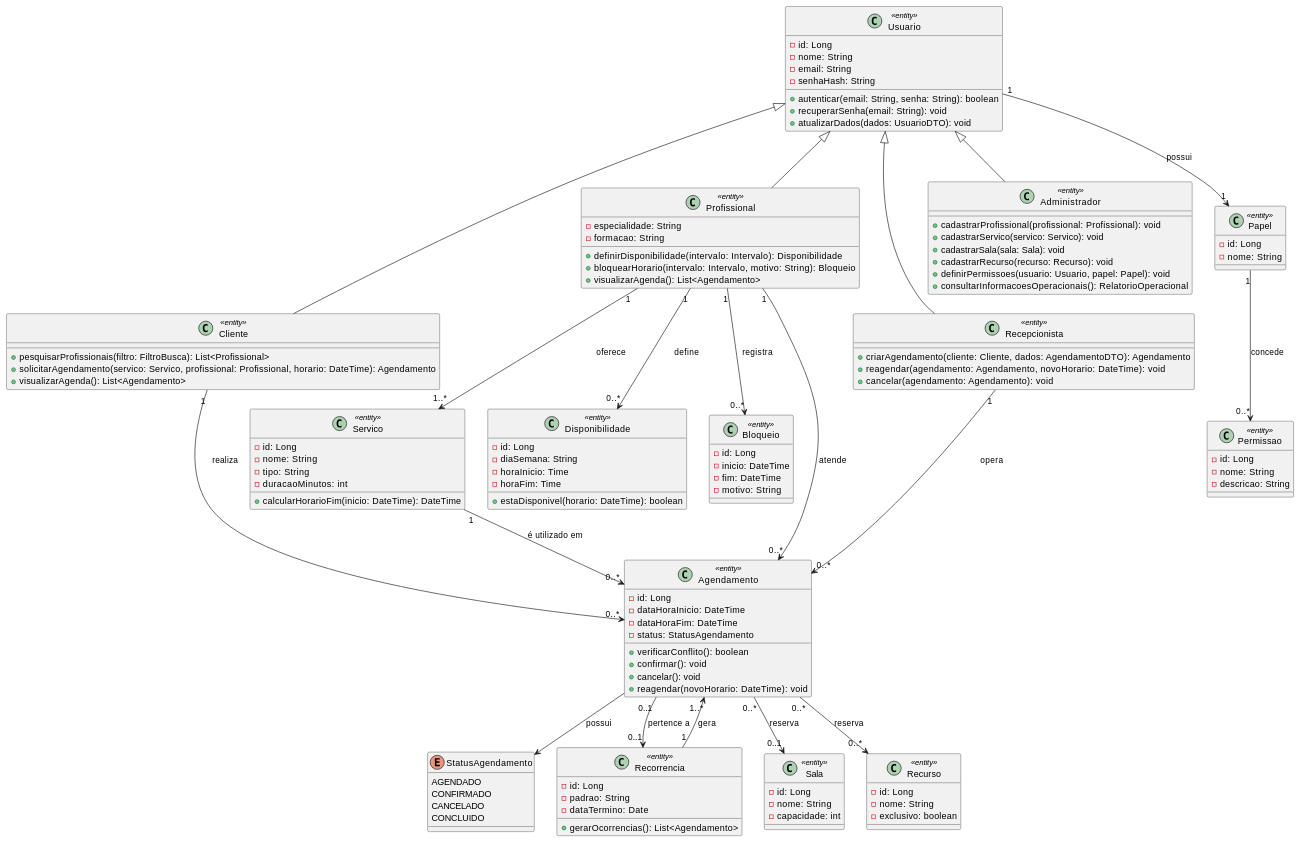
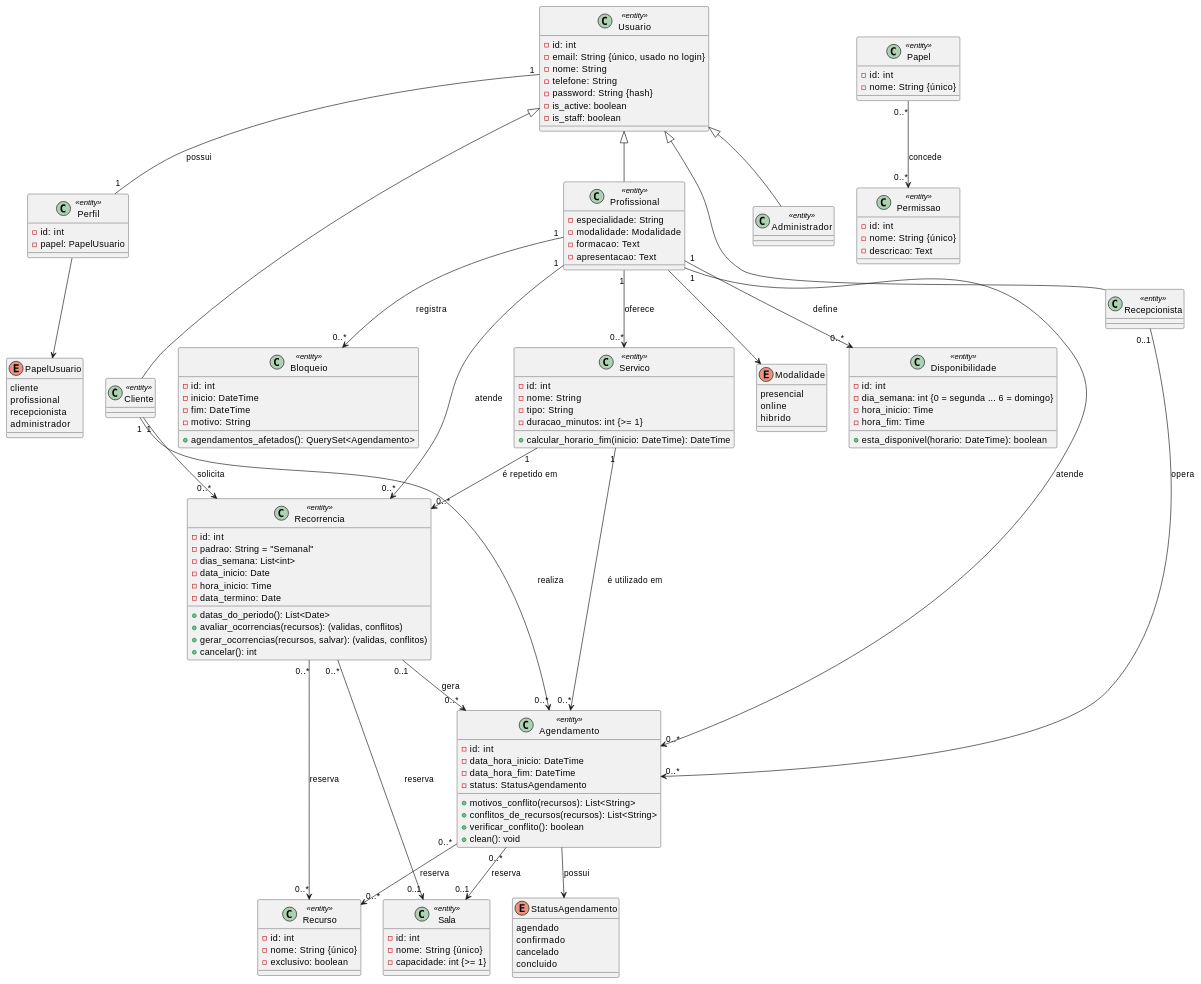
One commit to Projetos-de-Extensao/PBE_26.2_8002_I changed the diagram in docs/Elaboracao/diagrama_de_classes.md. Above: the diagram before and after it, drawn with PlantUML. The commit also changed other lines of this file and 14 other files, not shown here.

```diff
--- a/docs/Elaboracao/diagrama_de_classes.md
+++ b/docs/Elaboracao/diagrama_de_classes.md
@@ -173,137 +174,152 @@
 @startuml AgendamentoMultidisciplinar_ClassesEspecificacao
 
 class Usuario <<entity>> {
-  - id: Long
+  - id: int
+  - email: String {único, usado no login}
   - nome: String
-  - email: String
-  - senhaHash: String
-  + autenticar(email: String, senha: String): boolean
-  + recuperarSenha(email: String): void
-  + atualizarDados(dados: UsuarioDTO): void
+  - telefone: String
+  - password: String {hash}
+  - is_active: boolean
+  - is_staff: boolean
 }
 
-class Cliente <<entity>> {
-  + pesquisarProfissionais(filtro: FiltroBusca): List<Profissional>
-  + solicitarAgendamento(servico: Servico, profissional: Profissional, horario: DateTime): Agendamento
-  + visualizarAgenda(): List<Agendamento>
+class Perfil <<entity>> {
+  - id: int
+  - papel: PapelUsuario
 }
+
+enum PapelUsuario {
+  cliente
+  profissional
+  recepcionista
+  administrador
+}
+
+class Cliente <<entity>>
 
 class Profissional <<entity>> {
   - especialidade: String
-  - formacao: String
-  + definirDisponibilidade(intervalo: Intervalo): Disponibilidade
-  + bloquearHorario(intervalo: Intervalo, motivo: String): Bloqueio
-  + visualizarAgenda(): List<Agendamento>
+  - modalidade: Modalidade
+  - formacao: Text
+  - apresentacao: Text
 }
 
-class Recepcionista <<entity>> {
-  + criarAgendamento(cliente: Cliente, dados: AgendamentoDTO): Agendamento
-  + reagendar(agendamento: Agendamento, novoHorario: DateTime): void
-  + cancelar(agendamento: Agendamento): void
+enum Modalidade {
+  presencial
+  online
+  hibrido
 }
 
-class Administrador <<entity>> {
-  + cadastrarProfissional(profissional: Profissional): void
-  + cadastrarServico(servico: Servico): void
-  + cadastrarSala(sala: Sala): void
-  + cadastrarRecurso(recurso: Recurso): void
-  + definirPermissoes(usuario: Usuario, papel: Papel): void
-  + consultarInformacoesOperacionais(): RelatorioOperacional
-}
+class Recepcionista <<entity>>
+
+class Administrador <<entity>>
 
 class Papel <<entity>> {
-  - id: Long
-  - nome: String
+  - id: int
+  - nome: String {único}
 }
 
 class Permissao <<entity>> {
-  - id: Long
-  - nome: String
-  - descricao: String
+  - id: int
+  - nome: String {único}
+  - descricao: Text
 }
 
 class Servico <<entity>> {
-  - id: Long
+  - id: int
   - nome: String
   - tipo: String
-  - duracaoMinutos: int
-  + calcularHorarioFim(inicio: DateTime): DateTime
+  - duracao_minutos: int {>= 1}
+  + calcular_horario_fim(inicio: DateTime): DateTime
 }
 
 class Disponibilidade <<entity>> {
-  - id: Long
-  - diaSemana: String
-  - horaInicio: Time
-  - horaFim: Time
-  + estaDisponivel(horario: DateTime): boolean
+  - id: int
+  - dia_semana: int {0 = segunda ... 6 = domingo}
+  - hora_inicio: Time
+  - hora_fim: Time
+  + esta_disponivel(horario: DateTime): boolean
 }
 
 class Bloqueio <<entity>> {
-  - id: Long
+  - id: int
   - inicio: DateTime
   - fim: DateTime
   - motivo: String
+  + agendamentos_afetados(): QuerySet<Agendamento>
 }
 
 class Agendamento <<entity>> {
-  - id: Long
-  - dataHoraInicio: DateTime
-  - dataHoraFim: DateTime
+  - id: int
+  - data_hora_inicio: DateTime
+  - data_hora_fim: DateTime
   - status: StatusAgendamento
-  + verificarConflito(): boolean
-  + confirmar(): void
-  + cancelar(): void
-  + reagendar(novoHorario: DateTime): void
+  + motivos_conflito(recursos): List<String>
+  + conflitos_de_recursos(recursos): List<String>
+  + verificar_conflito(): boolean
+  + clean(): void
 }
 
 enum StatusAgendamento {
-  AGENDADO
-  CONFIRMADO
-  CANCELADO
-  CONCLUIDO
+  agendado
+  confirmado
+  cancelado
+  concluido
 }
 
 class Recorrencia <<entity>> {
-  - id: Long
-  - padrao: String
-  - dataTermino: Date
-  + gerarOcorrencias(): List<Agendamento>
+  - id: int
+  - padrao: String = "Semanal"
+  - dias_semana: List<int>
+  - data_inicio: Date
+  - hora_inicio: Time
+  - data_termino: Date
+  + datas_do_periodo(): List<Date>
+  + avaliar_ocorrencias(recursos): (validas, conflitos)
+  + gerar_ocorrencias(recursos, salvar): (validas, conflitos)
+  + cancelar(): int
 }
 
 class Sala <<entity>> {
-  - id: Long
-  - nome: String
-  - capacidade: int
+  - id: int
+  - nome: String {único}
+  - capacidade: int {>= 1}
 }
 
 class Recurso <<entity>> {
-  - id: Long
-  - nome: String
+  - id: int
+  - nome: String {único}
   - exclusivo: boolean
 }
 
-' Generalizações
+' Generalizações (herança multi-tabela do Django)
 Usuario <|-- Cliente
 Usuario <|-- Profissional
 Usuario <|-- Recepcionista
 Usuario <|-- Administrador
 
-' Papel e permissões
-Usuario "1" --> "1" Papel : possui
-Papel "1" --> "0..*" Permissao : concede
+' Papel de acesso
+Usuario "1" -- "1" Perfil : possui
+Perfil --> PapelUsuario
+Papel "0..*" --> "0..*" Permissao : concede
+Profissional --> Modalidade
 
 ' Associações de domínio
 Cliente "1" --> "0..*" Agendamento : realiza
-Profissional "1" --> "1..*" Servico : oferece
+Profissional "1" --> "0..*" Servico : oferece
 Profissional "1" --> "0..*" Disponibilidade : define
 Profissional "1" --> "0..*" Bloqueio : registra
 Profissional "1" --> "0..*" Agendamento : atende
-Recepcionista "1" --> "0..*" Agendamento : opera
+Recepcionista "0..1" --> "0..*" Agendamento : opera
 Servico "1" --> "0..*" Agendamento : é utilizado em
 Agendamento "0..*" --> "0..1" Sala : reserva
 Agendamento "0..*" --> "0..*" Recurso : reserva
-Agendamento "0..1" --> "0..1" Recorrencia : pertence a
-Recorrencia "1" --> "1..*" Agendamento : gera
+Recorrencia "0..1" --> "0..*" Agendamento : gera
+Cliente "1" --> "0..*" Recorrencia : solicita
+Profissional "1" --> "0..*" Recorrencia : atende
+Servico "1" --> "0..*" Recorrencia : é repetido em
+Recorrencia "0..*" --> "0..1" Sala : reserva
+Recorrencia "0..*" --> "0..*" Recurso : reserva
 Agendamento --> StatusAgendamento : possui
 
 @enduml
```
